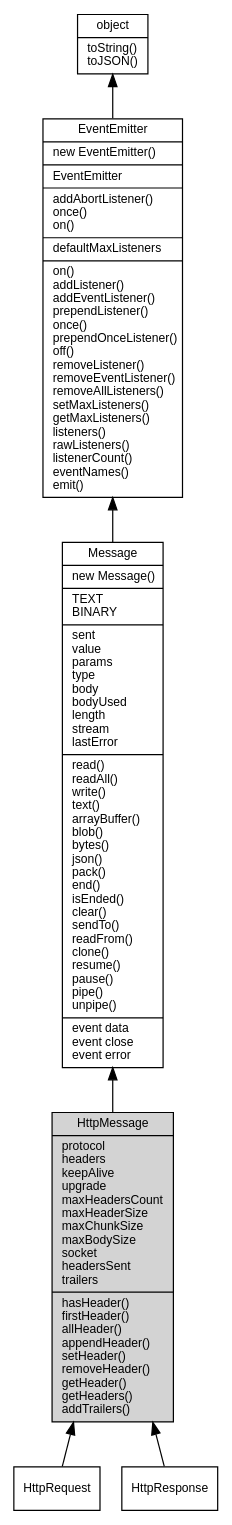
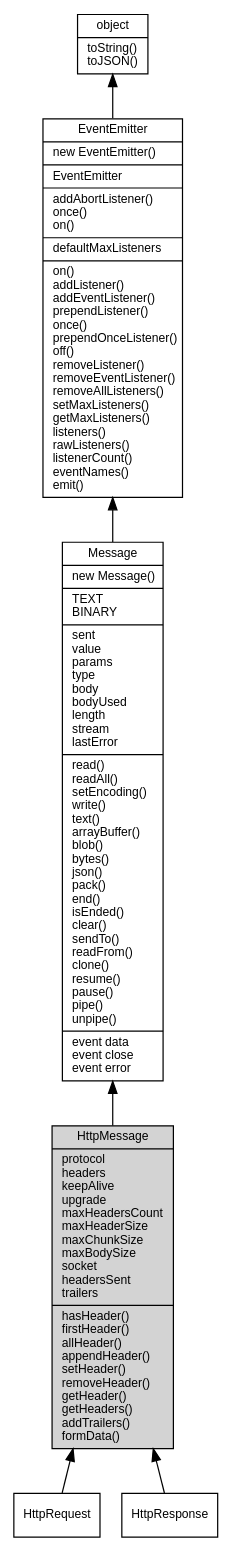
Before and after one commit to fibjs/fibjs.org: the diagram in docs/manual/object/ifs/HttpMessage.md, drawn with Graphviz. The commit also changed other lines of this file and 241 other files, not shown here.

````diff
--- a/docs/manual/object/ifs/HttpMessage.md
+++ b/docs/manual/object/ifs/HttpMessage.md
@@ -5,18 +124,18 @@
 ```dot
 digraph {
     node [fontname="Helvetica,sans-Serif", fontsize=10, shape="record", style="filled", fillcolor="white"];
 
     object [tooltip="object", URL="object.md", label="{object|toString()\ltoJSON()\l}"];
     EventEmitter [tooltip="EventEmitter", URL="EventEmitter.md", label="{EventEmitter|new EventEmitter()\l|EventEmitter\l|addAbortListener()\lonce()\lon()\l|defaultMaxListeners\l|on()\laddListener()\laddEventListener()\lprependListener()\lonce()\lprependOnceListener()\loff()\lremoveListener()\lremoveEventListener()\lremoveAllListeners()\lsetMaxListeners()\lgetMaxListeners()\llisteners()\lrawListeners()\llistenerCount()\leventNames()\lemit()\l}"];
-    Message [tooltip="Message", URL="Message.md", label="{Message|new Message()\l|TEXT\lBINARY\l|sent\lvalue\lparams\ltype\lbody\lbodyUsed\llength\lstream\llastError\l|read()\lreadAll()\lwrite()\ltext()\larrayBuffer()\lblob()\lbytes()\ljson()\lpack()\lend()\lisEnded()\lclear()\lsendTo()\lreadFrom()\lclone()\lresume()\lpause()\lpipe()\lunpipe()\l|event data\levent close\levent error\l}"];
-    HttpMessage [tooltip="HttpMessage", fillcolor="lightgray", id="me", label="{HttpMessage|protocol\lheaders\lkeepAlive\lupgrade\lmaxHeadersCount\lmaxHeaderSize\lmaxChunkSize\lmaxBodySize\lsocket\lheadersSent\ltrailers\l|hasHeader()\lfirstHeader()\lallHeader()\lappendHeader()\lsetHeader()\lremoveHeader()\lgetHeader()\lgetHeaders()\laddTrailers()\l}"];
+    Message [tooltip="Message", URL="Message.md", label="{Message|new Message()\l|TEXT\lBINARY\l|sent\lvalue\lparams\ltype\lbody\lbodyUsed\llength\lstream\llastError\l|read()\lreadAll()\lsetEncoding()\lwrite()\ltext()\larrayBuffer()\lblob()\lbytes()\ljson()\lpack()\lend()\lisEnded()\lclear()\lsendTo()\lreadFrom()\lclone()\lresume()\lpause()\lpipe()\lunpipe()\l|event data\levent close\levent error\l}"];
+    HttpMessage [tooltip="HttpMessage", fillcolor="lightgray", id="me", label="{HttpMessage|protocol\lheaders\lkeepAlive\lupgrade\lmaxHeadersCount\lmaxHeaderSize\lmaxChunkSize\lmaxBodySize\lsocket\lheadersSent\ltrailers\l|hasHeader()\lfirstHeader()\lallHeader()\lappendHeader()\lsetHeader()\lremoveHeader()\lgetHeader()\lgetHeaders()\laddTrailers()\lformData()\l}"];
     HttpRequest [tooltip="HttpRequest", URL="HttpRequest.md", label="{HttpRequest}"];
     HttpResponse [tooltip="HttpResponse", URL="HttpResponse.md", label="{HttpResponse}"];
 
     object -> EventEmitter [dir=back];
     EventEmitter -> Message [dir=back];
     Message -> HttpMessage [dir=back];
     HttpMessage -> HttpRequest [dir=back];
     HttpMessage -> HttpResponse [dir=back];
 }
 ```
````
